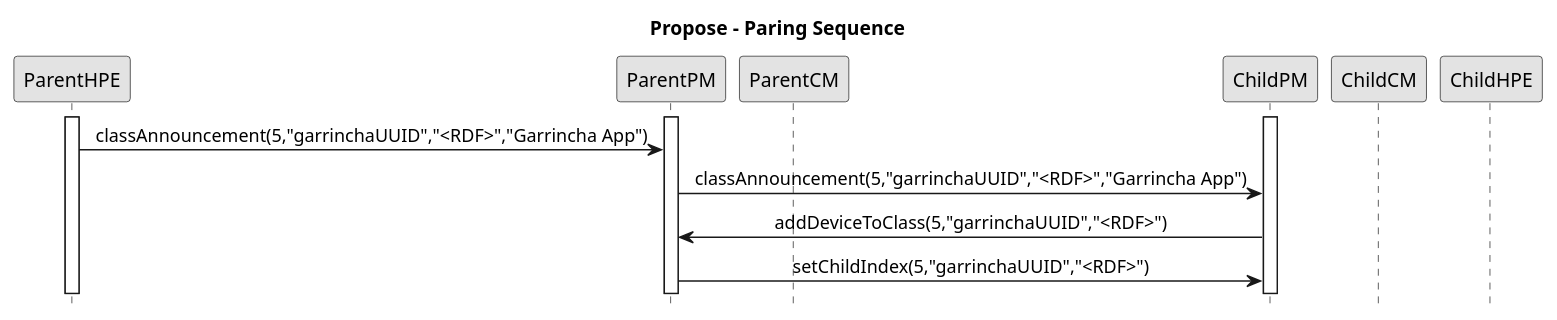
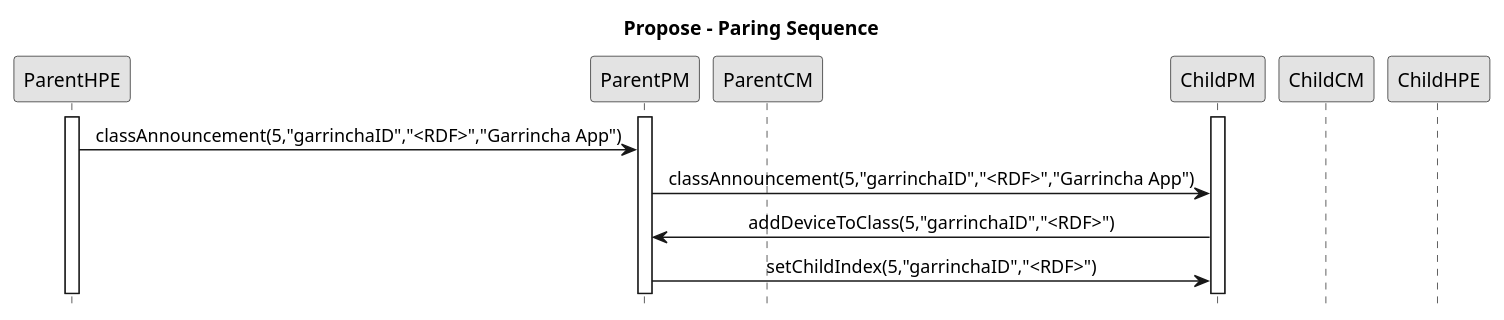
The diagram in sequence1proposal.plantuml (alanlivio/fsmda), drawn with PlantUML before and after one commit. The commit also changed 4 other files, not shown here.

Commit message:
docs: Add sequence3proposal. Trim text.

```diff
--- a/sequence1proposal.plantuml
+++ b/sequence1proposal.plantuml
@@ -2,23 +2,23 @@
 @startuml
 hide footbox
 skinparam monochrome true
 skinparam sequenceMessageAlign center
 
 participant ParentHPE
 participant ParentPM
 participant ParentCM
 participant ChildPM
 participant ChildCM
 participant ChildHPE
 '====================Propose -  Paring and handling classes variables Sequence====================
 title Propose - Paring Sequence
 activate ParentHPE
 activate ParentPM
 activate ChildPM
-ParentHPE->ParentPM: classAnnouncement(5,"garrinchaUUID","<RDF>","Garrincha App")
-ParentPM->ChildPM: classAnnouncement(5,"garrinchaUUID","<RDF>","Garrincha App")
-ChildPM->ParentPM: addDeviceToClass(5,"garrinchaUUID","<RDF>")
-ParentPM->ChildPM: setChildIndex(5,"garrinchaUUID","<RDF>")
+ParentHPE->ParentPM: classAnnouncement(5,"garrinchaID","<RDF>","Garrincha App")
+ParentPM->ChildPM: classAnnouncement(5,"garrinchaID","<RDF>","Garrincha App")
+ChildPM->ParentPM: addDeviceToClass(5,"garrinchaID","<RDF>")
+ParentPM->ChildPM: setChildIndex(5,"garrinchaID","<RDF>")
 
 '====================Ending PLANTUML params====================
 @enduml
```
